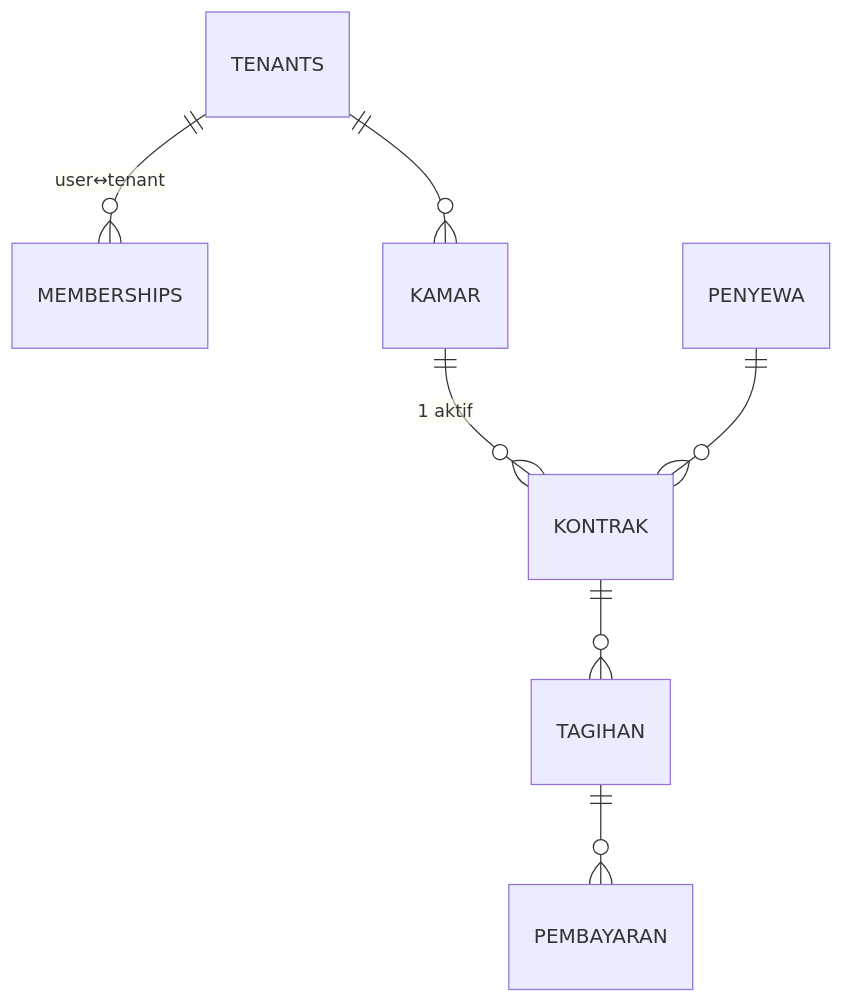
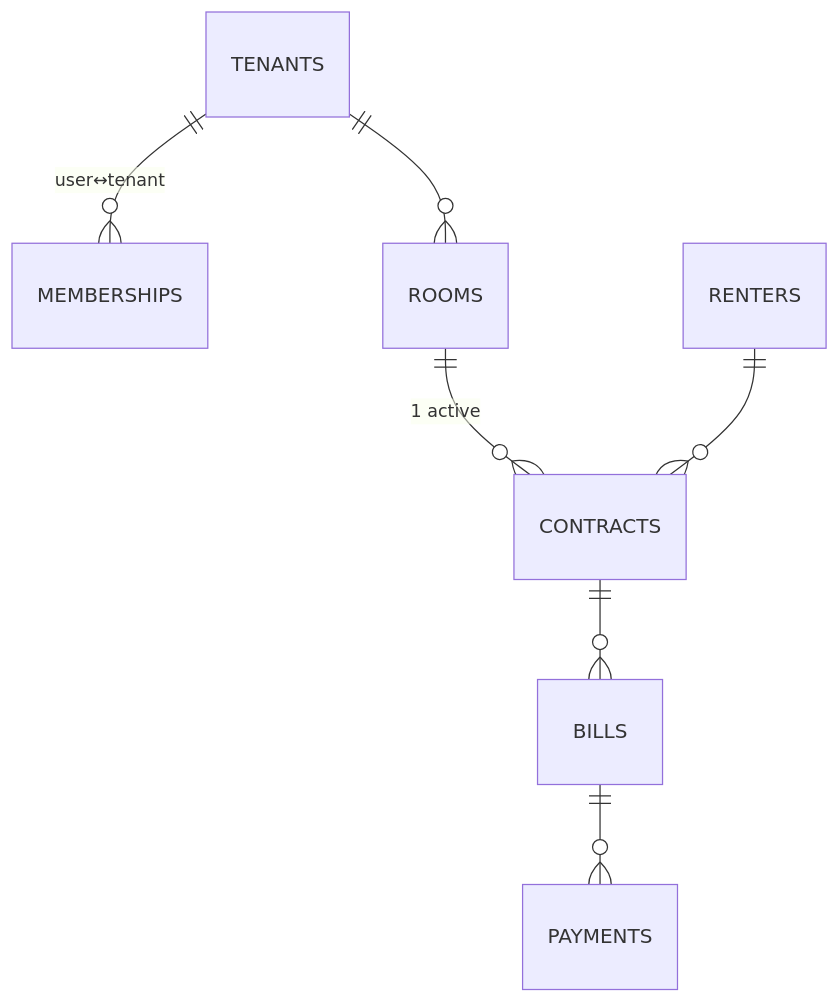
Before and after one commit to labasubagia/kos-app: the diagram in docs/03-data-model.md, drawn with Mermaid. The commit also changed other lines of this file and 10 other files, not shown here.

````diff
--- a/docs/03-data-model.md
+++ b/docs/03-data-model.md
@@ -88,9 +87,9 @@
 ```mermaid
 erDiagram
     TENANTS ||--o{ MEMBERSHIPS : "user↔tenant"
-    TENANTS ||--o{ KAMAR : ""
-    KAMAR ||--o{ KONTRAK : "1 aktif"
-    PENYEWA ||--o{ KONTRAK : ""
-    KONTRAK ||--o{ TAGIHAN : ""
-    TAGIHAN ||--o{ PEMBAYARAN : ""
+    TENANTS ||--o{ ROOMS : ""
+    ROOMS ||--o{ CONTRACTS : "1 active"
+    RENTERS ||--o{ CONTRACTS : ""
+    CONTRACTS ||--o{ BILLS : ""
+    BILLS ||--o{ PAYMENTS : ""
 ```
````
